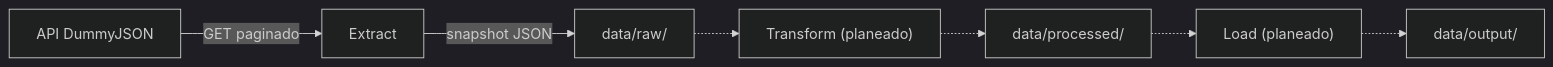
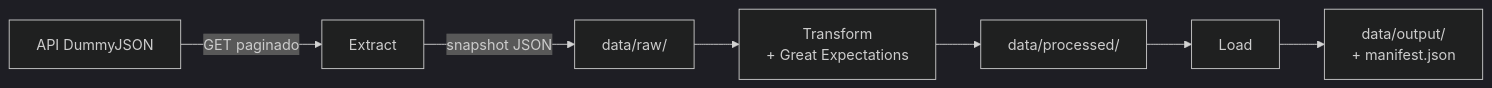
Before and after one commit to DiegoNovaData/etl-csv-excel-data: the second of 2 diagrams in README.md, drawn with Mermaid (dark theme). The commit also changed other lines of this file and 21 other files, not shown here.

````diff
--- a/README.md
+++ b/README.md
@@ -130,9 +156,9 @@
 ```mermaid
 flowchart LR
     A[API DummyJSON] -->|GET paginado| B[Extract]
     B -->|snapshot JSON| C[data/raw/]
-    C -.-> D["Transform (planeado)"]
-    D -.-> E[data/processed/]
-    E -.-> F["Load (planeado)"]
-    F -.-> G[data/output/]
+    C --> D["Transform\n+ Great Expectations"]
+    D --> E[data/processed/]
+    E --> F[Load]
+    F --> G["data/output/\n+ manifest.json"]
 ```
````
